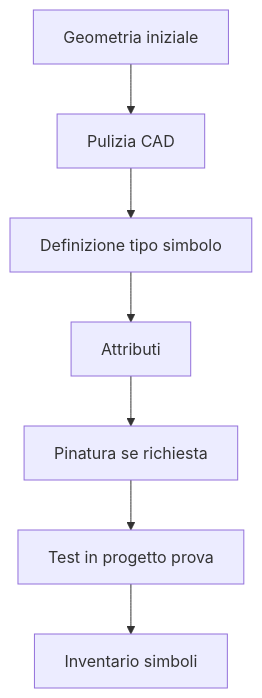
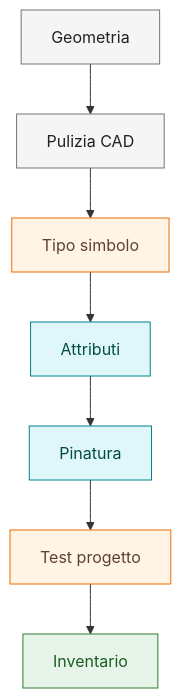
One commit to robertochello/spac-start-knowledge-base changed the diagram in docs/playbooks/create-custom-symbol.md. Above: the diagram before and after it, drawn with Mermaid. The commit also changed 27 other files, not shown here.

Commit message:
docs: standardize diagrams and visual cues

````diff
--- a/docs/playbooks/create-custom-symbol.md
+++ b/docs/playbooks/create-custom-symbol.md
@@ -18,9 +18,14 @@
 ```mermaid
 flowchart TD
-    A[Geometria iniziale] --> B[Pulizia CAD]
-    B --> C[Definizione tipo simbolo]
-    C --> D[Attributi]
-    D --> E[Pinatura se richiesta]
-    E --> F[Test in progetto prova]
-    F --> G[Inventario simboli]
+    A[Geometria]:::process --> B[Pulizia CAD]:::process
+    B --> C[Tipo simbolo]:::warn
+    C --> D[Attributi]:::data
+    D --> E[Pinatura]:::data
+    E --> F[Test progetto]:::warn
+    F --> G[Inventario]:::ok
+
+    classDef ok fill:#e6f4ea,stroke:#2e7d32,color:#1b5e20;
+    classDef warn fill:#fff4e5,stroke:#ef6c00,color:#5d4037;
+    classDef data fill:#e0f7fa,stroke:#00838f,color:#004d40;
+    classDef process fill:#f5f5f5,stroke:#757575,color:#212121;
 ```
````
